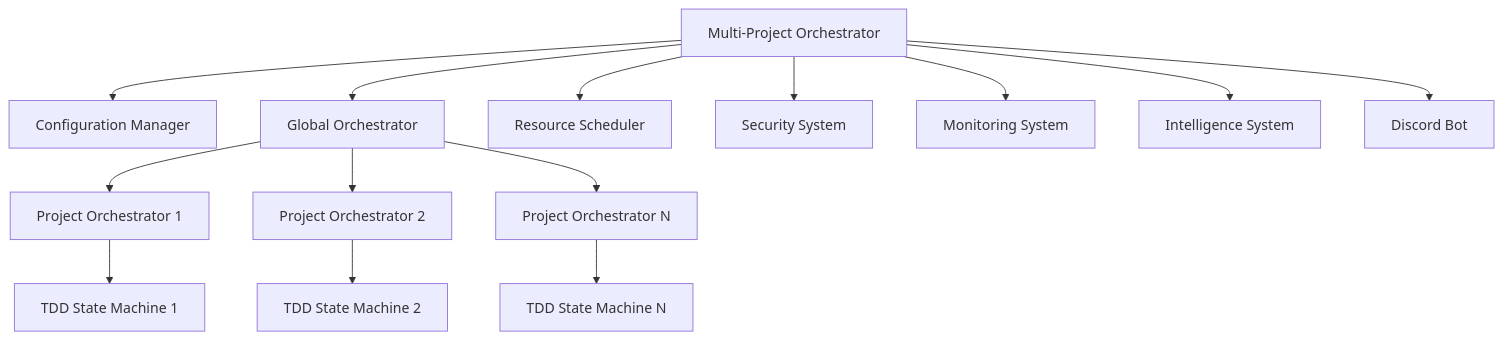
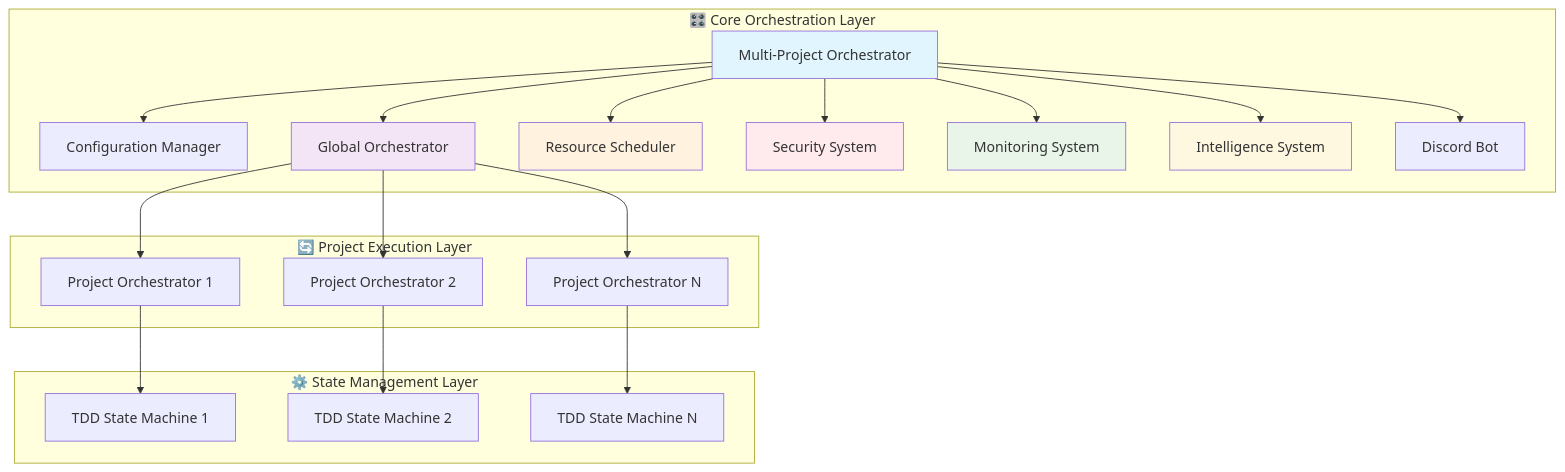
Before and after one commit to jmontp/agent-workflow: the first of 3 diagrams in docs_src/user-guide/multi-project-orchestration.md, drawn with Mermaid. The commit also changed other lines of this file and 41 other files, not shown here.

````diff
--- a/docs_src/user-guide/multi-project-orchestration.md
+++ b/docs_src/user-guide/multi-project-orchestration.md
@@ -20,18 +54,31 @@
 ```mermaid
 graph TB
-    A[Multi-Project Orchestrator] --> B[Configuration Manager]
-    A --> C[Global Orchestrator]
-    A --> D[Resource Scheduler]
-    A --> E[Security System]
-    A --> F[Monitoring System]
-    A --> G[Intelligence System]
-    A --> H[Discord Bot]
+    subgraph "🎛️ Core Orchestration Layer"
+        A[Multi-Project Orchestrator] --> B[Configuration Manager]
+        A --> C[Global Orchestrator]
+        A --> D[Resource Scheduler]
+        A --> E[Security System]
+        A --> F[Monitoring System]
+        A --> G[Intelligence System]
+        A --> H[Discord Bot]
+    end
     
-    C --> I[Project Orchestrator 1]
-    C --> J[Project Orchestrator 2]
-    C --> K[Project Orchestrator N]
+    subgraph "🔄 Project Execution Layer"
+        C --> I[Project Orchestrator 1]
+        C --> J[Project Orchestrator 2]
+        C --> K[Project Orchestrator N]
+    end
     
-    I --> L[TDD State Machine 1]
-    J --> M[TDD State Machine 2]
-    K --> N[TDD State Machine N]
+    subgraph "⚙️ State Management Layer"
+        I --> L[TDD State Machine 1]
+        J --> M[TDD State Machine 2]
+        K --> N[TDD State Machine N]
+    end
+    
+    style A fill:#e1f5fe
+    style C fill:#f3e5f5
+    style D fill:#fff3e0
+    style E fill:#ffebee
+    style F fill:#e8f5e8
+    style G fill:#fff8e1
 ```
````
